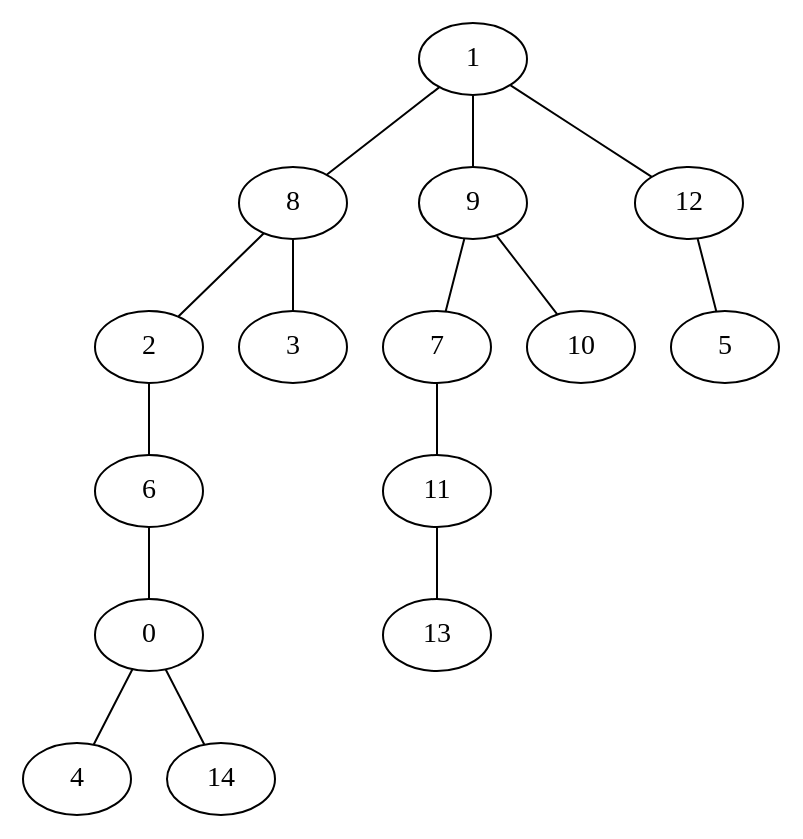
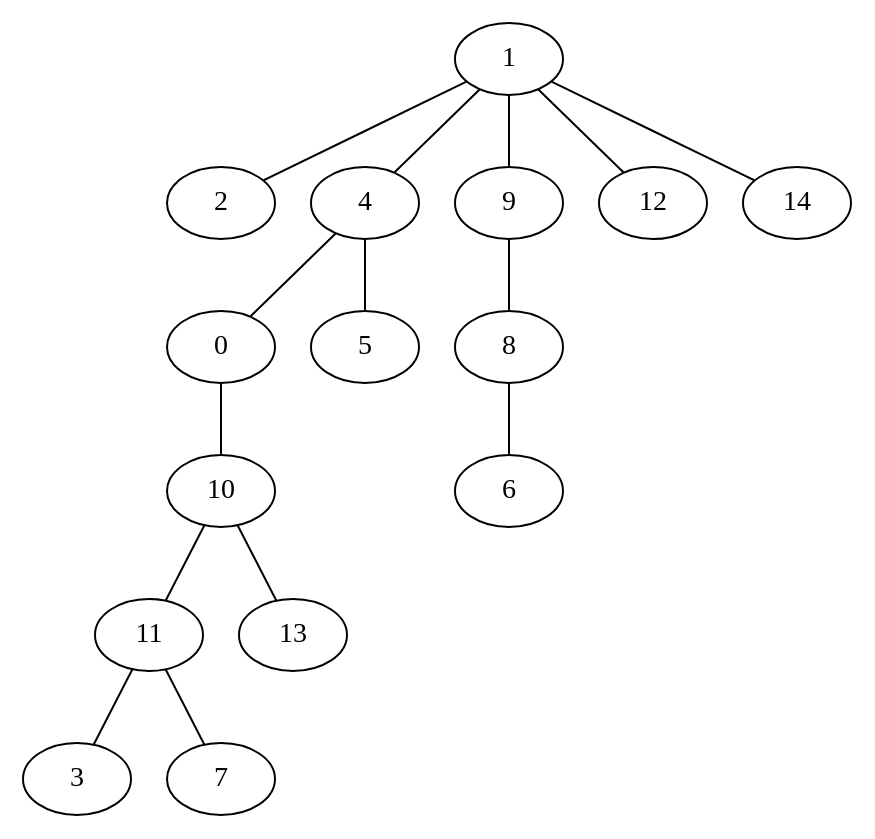
The diagram in pygrapghviz.dot (VillegasGG/greedy-firefighter-problem), drawn with Graphviz before and after one commit. The commit also changed 1 other file, not shown here.

```diff
--- a/pygrapghviz.dot
+++ b/pygrapghviz.dot
@@ -1,16 +1,16 @@
 strict graph "" {
-	1 -- 8;
+	1 -- 2;
+	1 -- 4;
 	1 -- 9;
 	1 -- 12;
-	8 -- 2;
-	8 -- 3;
-	9 -- 7;
-	9 -- 10;
-	12 -- 5;
-	7 -- 11;
-	11 -- 13;
-	2 -- 6;
-	6 -- 0;
-	0 -- 4;
-	0 -- 14;
+	1 -- 14;
+	4 -- 0;
+	4 -- 5;
+	9 -- 8;
+	8 -- 6;
+	0 -- 10;
+	10 -- 11;
+	10 -- 13;
+	11 -- 3;
+	11 -- 7;
 }
```
